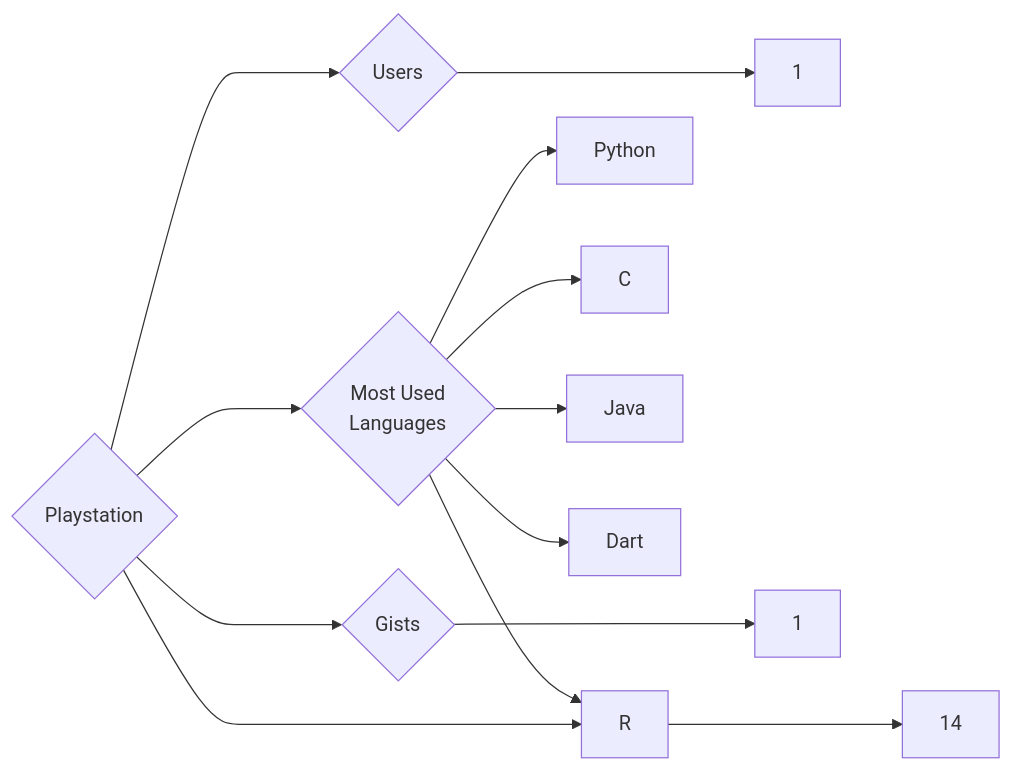
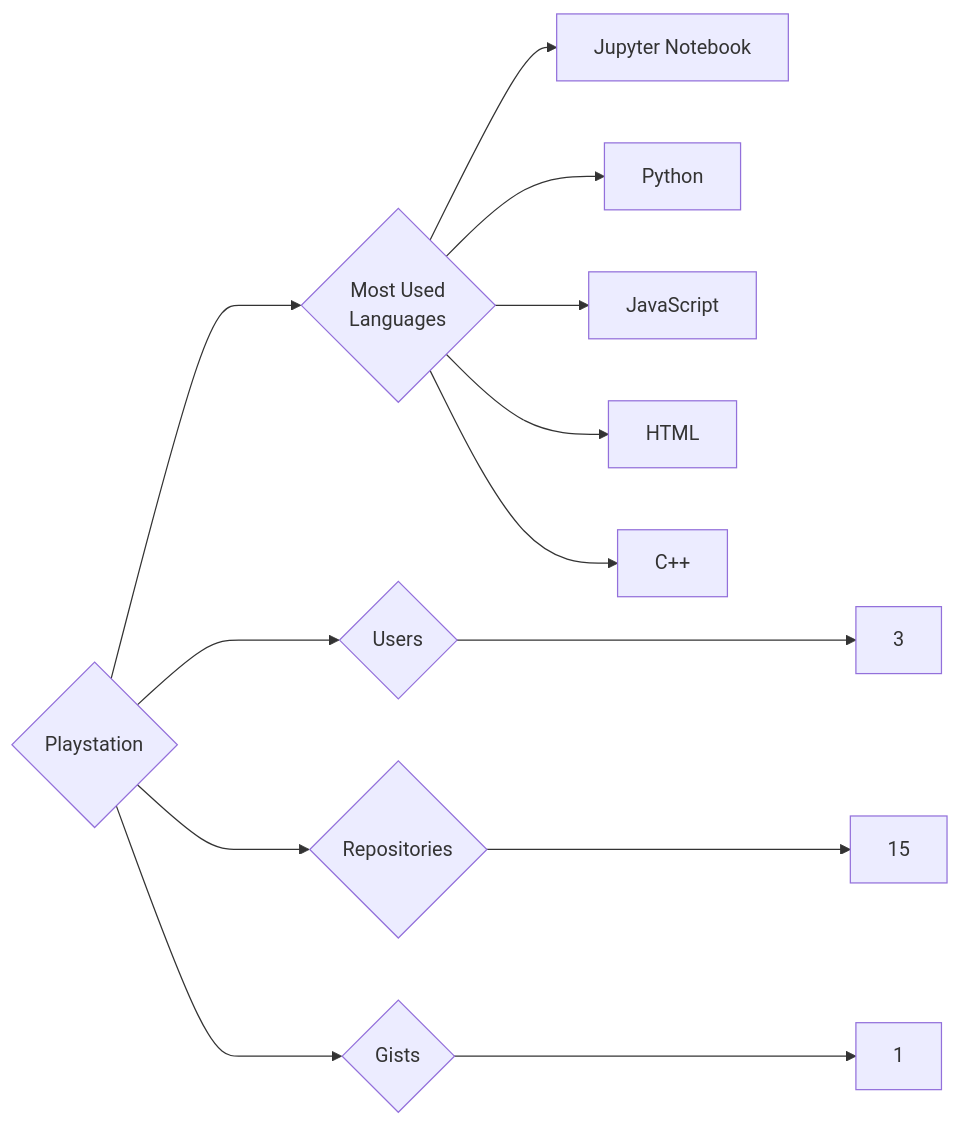
Before and after one commit to trickest/insiders: the diagram in targets/Playstation/README.md, drawn with Mermaid. The commit also changed 912 other files, not shown here.

````diff
--- a/targets/Playstation/README.md
+++ b/targets/Playstation/README.md
@@ -3,13 +3,13 @@
 ```mermaid
 graph LR
 COMPANY_NAME{Playstation}
-COMPANY_NAME ---> U{Users} ---> UN[1]
-COMPANY_NAME ---> R{Repositories} ---> RN[14]
+COMPANY_NAME ---> U{Users} ---> UN[3]
+COMPANY_NAME ---> R{Repositories} ---> RN[15]
 COMPANY_NAME ---> G{Gists} ---> GN[1]
 COMPANY_NAME ---> ML{Most Used<br>Languages}
+ML --> Jupyter_Notebook[Jupyter Notebook]
 ML --> Python[Python]
-ML --> R[R]
-ML --> C[C]
-ML --> Java[Java]
-ML --> Dart[Dart]
+ML --> JavaScript[JavaScript]
+ML --> HTML[HTML]
+ML --> C++[C++]
 ```
````
